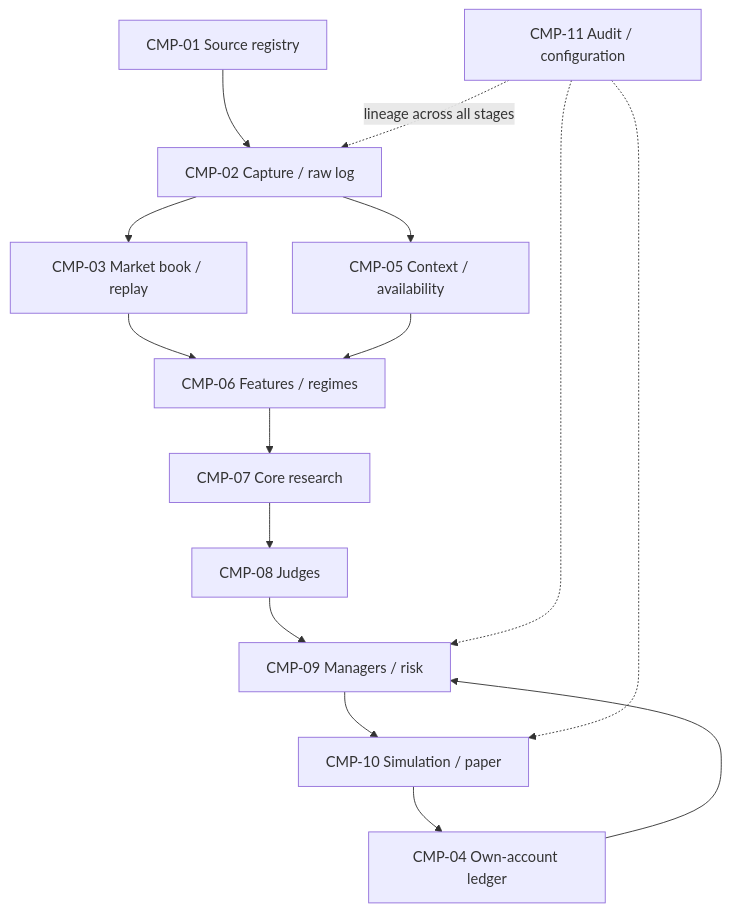
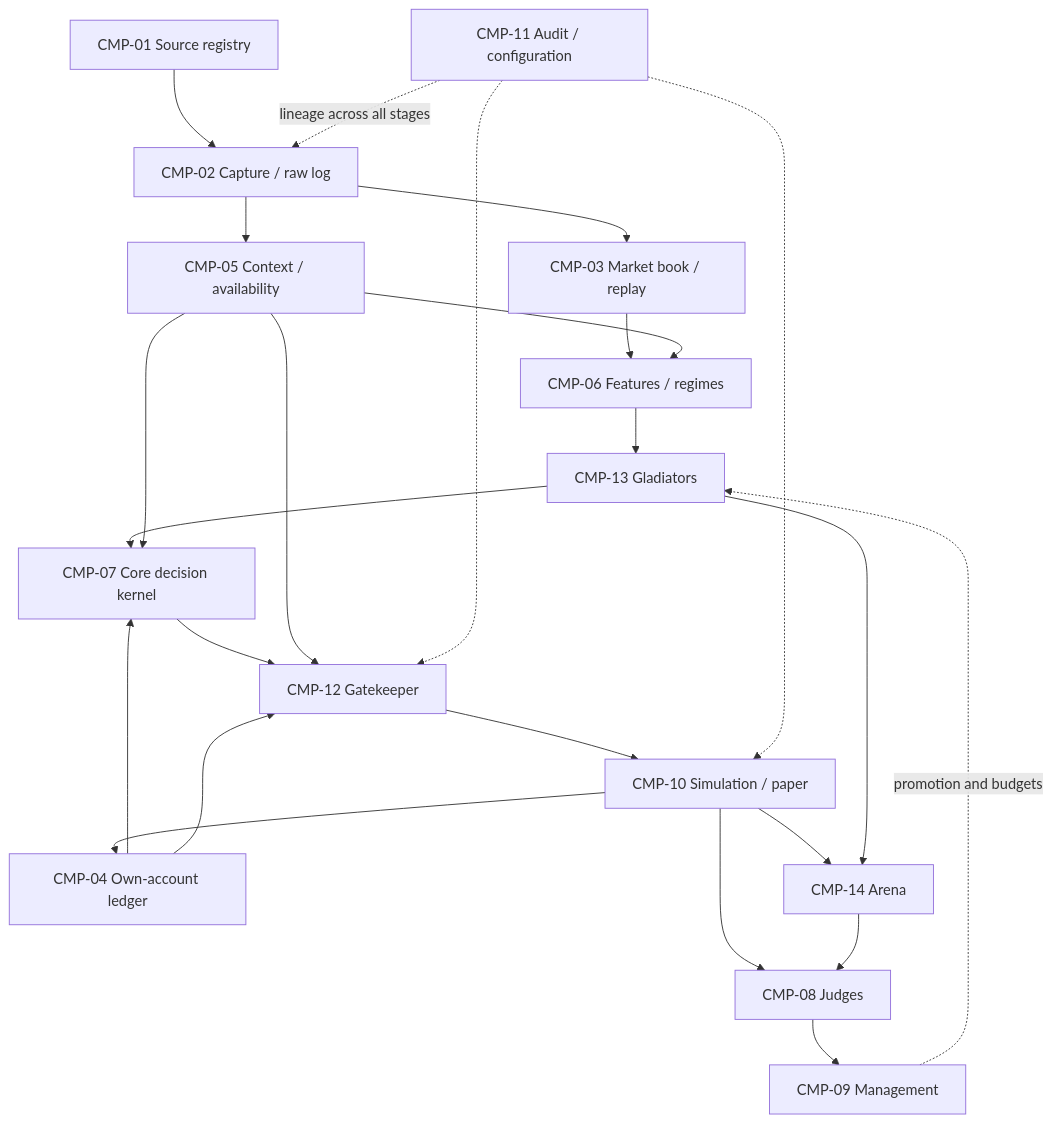
One commit to akibrahimug/gladiators changed the diagram in docs/architecture/README.md. Above: the diagram before and after it, drawn with Mermaid. The commit also changed other lines of this file and 23 other files, not shown here.

````diff
--- a/docs/architecture/README.md
+++ b/docs/architecture/README.md
@@ -19,17 +19,26 @@
 ```mermaid
 flowchart TD
   S["CMP-01 Source registry"] --> I["CMP-02 Capture / raw log"]
   I --> B["CMP-03 Market book / replay"]
   I --> X["CMP-05 Context / availability"]
   B --> F["CMP-06 Features / regimes"]
   X --> F
-  F --> C["CMP-07 Core research"]
-  C --> J["CMP-08 Judges"]
-  J --> M["CMP-09 Managers / risk"]
-  L["CMP-04 Own-account ledger"] --> M
-  M --> T["CMP-10 Simulation / paper"]
+  F --> G["CMP-13 Gladiators"]
+  G --> C["CMP-07 Core decision kernel"]
+  X --> C
+  C --> K["CMP-12 Gatekeeper"]
+  X --> K
+  L["CMP-04 Own-account ledger"] --> C
+  L --> K
+  K --> T["CMP-10 Simulation / paper"]
   T --> L
+  T --> J["CMP-08 Judges"]
+  T --> R["CMP-14 Arena"]
+  G --> R
+  R --> J
+  J --> M["CMP-09 Management"]
+  M -. "promotion and budgets" .-> G
   A["CMP-11 Audit / configuration"] -. "lineage across all stages" .-> I
-  A -.-> M
+  A -.-> K
   A -.-> T
 ```
````
